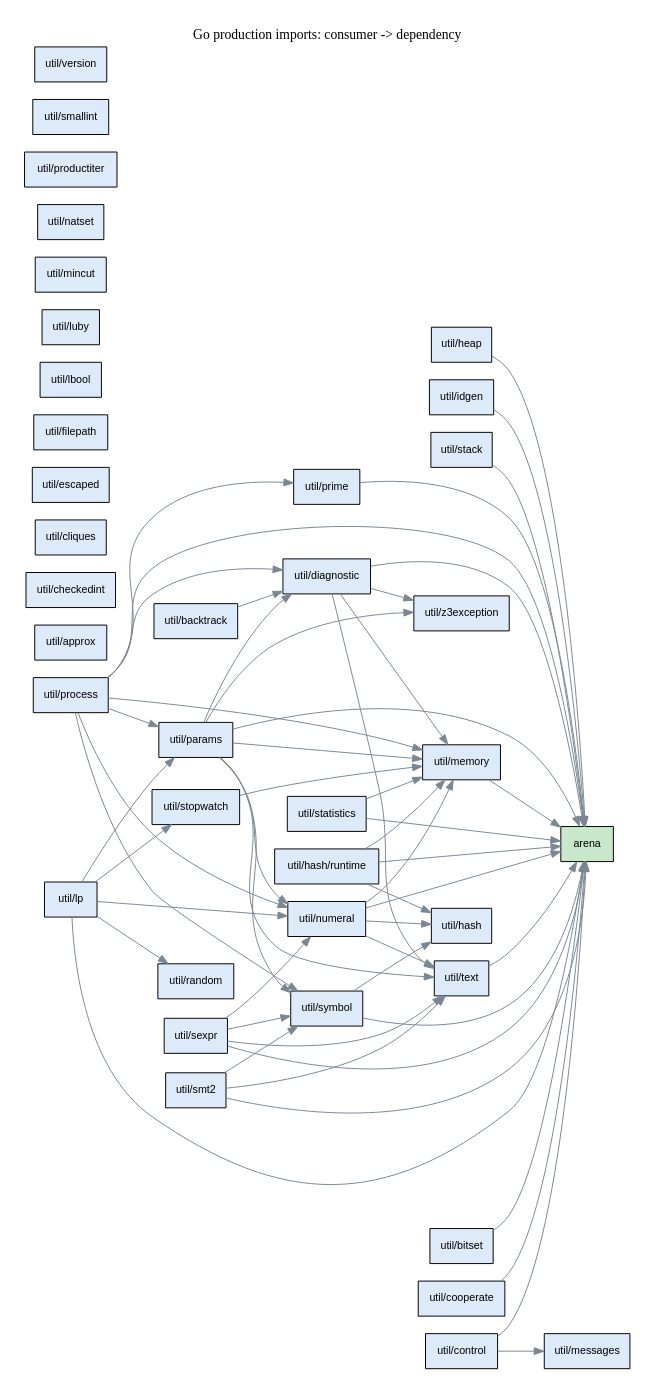
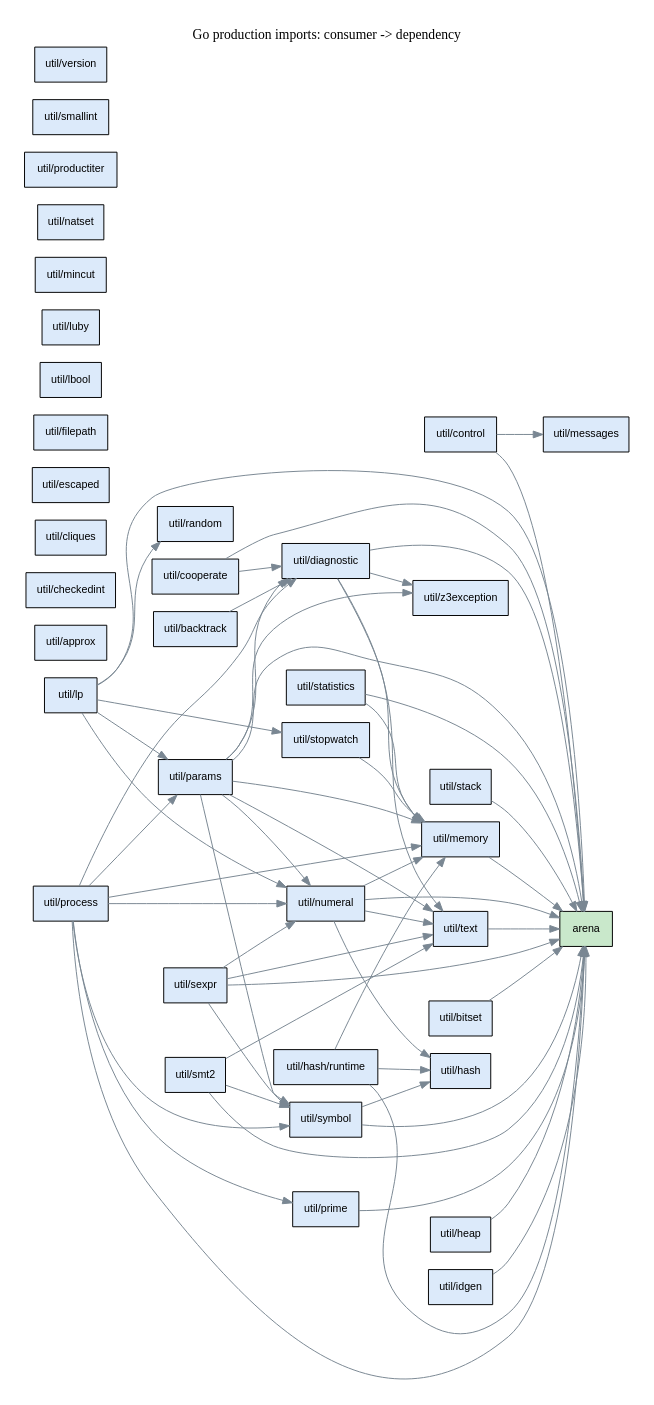
The diagram in doc/util_dependencies.dot (glycerine/g3-preview), drawn with Graphviz before and after one commit. The commit also changed 10 other files, not shown here.

```diff
--- a/doc/util_dependencies.dot
+++ b/doc/util_dependencies.dot
@@ -1,99 +1,100 @@
 digraph packages {
   rankdir=LR;
   graph [bgcolor=white, pad=0.25];
   node [shape=box, fontname="sans-serif", fontsize=11];
   edge [color="#7a8793"];
   label="Go production imports: consumer -> dependency";
   labelloc=t;
   "arena" [style=filled, fillcolor="#c9e8cb"];
   "util/approx" [style=filled, fillcolor="#dceafa"];
   "util/backtrack" [style=filled, fillcolor="#dceafa"];
   "util/backtrack" -> "util/diagnostic";
   "util/bitset" [style=filled, fillcolor="#dceafa"];
   "util/bitset" -> "arena";
   "util/checkedint" [style=filled, fillcolor="#dceafa"];
   "util/cliques" [style=filled, fillcolor="#dceafa"];
   "util/control" [style=filled, fillcolor="#dceafa"];
   "util/control" -> "arena";
   "util/control" -> "util/messages";
   "util/cooperate" [style=filled, fillcolor="#dceafa"];
   "util/cooperate" -> "arena";
+  "util/cooperate" -> "util/diagnostic";
   "util/diagnostic" [style=filled, fillcolor="#dceafa"];
   "util/diagnostic" -> "arena";
   "util/diagnostic" -> "util/memory";
   "util/diagnostic" -> "util/text";
   "util/diagnostic" -> "util/z3exception";
   "util/escaped" [style=filled, fillcolor="#dceafa"];
   "util/filepath" [style=filled, fillcolor="#dceafa"];
   "util/hash" [style=filled, fillcolor="#dceafa"];
   "util/hash/runtime" [style=filled, fillcolor="#dceafa"];
   "util/hash/runtime" -> "arena";
   "util/hash/runtime" -> "util/hash";
   "util/hash/runtime" -> "util/memory";
   "util/heap" [style=filled, fillcolor="#dceafa"];
   "util/heap" -> "arena";
   "util/idgen" [style=filled, fillcolor="#dceafa"];
   "util/idgen" -> "arena";
   "util/lbool" [style=filled, fillcolor="#dceafa"];
   "util/lp" [style=filled, fillcolor="#dceafa"];
   "util/lp" -> "arena";
   "util/lp" -> "util/numeral";
   "util/lp" -> "util/params";
   "util/lp" -> "util/random";
   "util/lp" -> "util/stopwatch";
   "util/luby" [style=filled, fillcolor="#dceafa"];
   "util/memory" [style=filled, fillcolor="#dceafa"];
   "util/memory" -> "arena";
   "util/messages" [style=filled, fillcolor="#dceafa"];
   "util/mincut" [style=filled, fillcolor="#dceafa"];
   "util/natset" [style=filled, fillcolor="#dceafa"];
   "util/numeral" [style=filled, fillcolor="#dceafa"];
   "util/numeral" -> "arena";
   "util/numeral" -> "util/hash";
   "util/numeral" -> "util/memory";
   "util/numeral" -> "util/text";
   "util/params" [style=filled, fillcolor="#dceafa"];
   "util/params" -> "arena";
   "util/params" -> "util/diagnostic";
   "util/params" -> "util/memory";
   "util/params" -> "util/numeral";
   "util/params" -> "util/symbol";
   "util/params" -> "util/text";
   "util/params" -> "util/z3exception";
   "util/prime" [style=filled, fillcolor="#dceafa"];
   "util/prime" -> "arena";
   "util/process" [style=filled, fillcolor="#dceafa"];
   "util/process" -> "arena";
   "util/process" -> "util/diagnostic";
   "util/process" -> "util/memory";
   "util/process" -> "util/numeral";
   "util/process" -> "util/params";
   "util/process" -> "util/prime";
   "util/process" -> "util/symbol";
   "util/productiter" [style=filled, fillcolor="#dceafa"];
   "util/random" [style=filled, fillcolor="#dceafa"];
   "util/sexpr" [style=filled, fillcolor="#dceafa"];
   "util/sexpr" -> "arena";
   "util/sexpr" -> "util/numeral";
   "util/sexpr" -> "util/symbol";
   "util/sexpr" -> "util/text";
   "util/smallint" [style=filled, fillcolor="#dceafa"];
   "util/smt2" [style=filled, fillcolor="#dceafa"];
   "util/smt2" -> "arena";
   "util/smt2" -> "util/symbol";
   "util/smt2" -> "util/text";
   "util/stack" [style=filled, fillcolor="#dceafa"];
   "util/stack" -> "arena";
   "util/statistics" [style=filled, fillcolor="#dceafa"];
   "util/statistics" -> "arena";
   "util/statistics" -> "util/memory";
   "util/stopwatch" [style=filled, fillcolor="#dceafa"];
   "util/stopwatch" -> "util/memory";
   "util/symbol" [style=filled, fillcolor="#dceafa"];
   "util/symbol" -> "arena";
   "util/symbol" -> "util/hash";
   "util/text" [style=filled, fillcolor="#dceafa"];
   "util/text" -> "arena";
   "util/version" [style=filled, fillcolor="#dceafa"];
   "util/z3exception" [style=filled, fillcolor="#dceafa"];
 }
```
